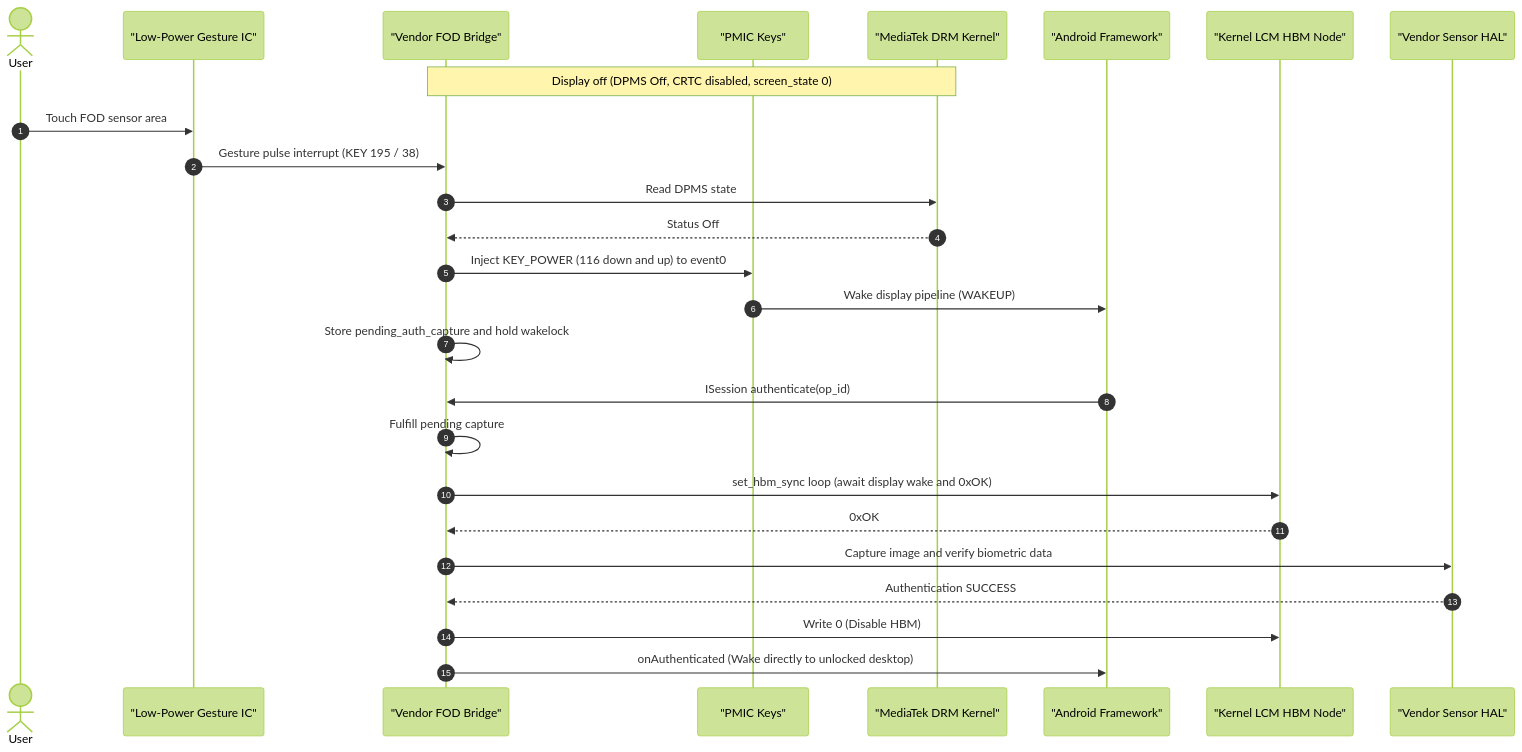
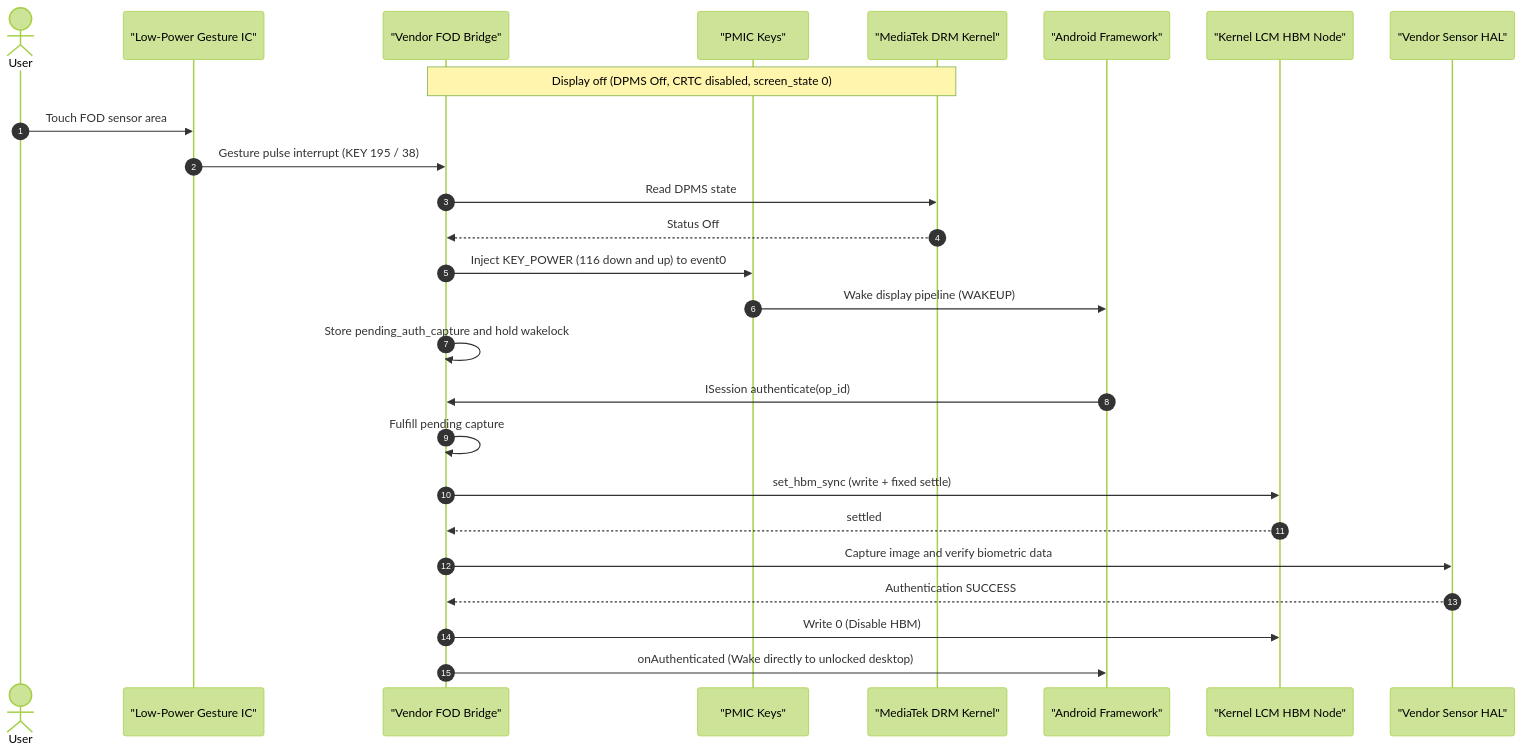
One commit to usermahiro/Oplus-UDFPS-Bridge-Transsion changed the fourth of 4 diagrams in README.md. Above: the diagram before and after it, drawn with Mermaid (forest theme). The commit also changed other lines of this file and 37 other files, not shown here.

````diff
--- a/README.md
+++ b/README.md
@@ -166,29 +166,29 @@
 ```mermaid
 sequenceDiagram
     autonumber
     actor User as User
     participant TP as "Low-Power Gesture IC"
     participant Bridge as "Vendor FOD Bridge"
     participant Pmic as "PMIC Keys"
     participant MtkDrm as "MediaTek DRM Kernel"
     participant Framework as "Android Framework"
     participant HBM as "Kernel LCM HBM Node"
     participant Sensor as "Vendor Sensor HAL"
 
     Note over Bridge,MtkDrm: Display off (DPMS Off, CRTC disabled, screen_state 0)
     User->>TP: Touch FOD sensor area
     TP->>Bridge: Gesture pulse interrupt (KEY 195 / 38)
     Bridge->>MtkDrm: Read DPMS state
     MtkDrm-->>Bridge: Status Off
     Bridge->>Pmic: Inject KEY_POWER (116 down and up) to event0
     Pmic->>Framework: Wake display pipeline (WAKEUP)
     Bridge->>Bridge: Store pending_auth_capture and hold wakelock
     Framework->>Bridge: ISession authenticate(op_id)
     Bridge->>Bridge: Fulfill pending capture
-    Bridge->>HBM: set_hbm_sync loop (await display wake and 0xOK)
-    HBM-->>Bridge: 0xOK
+    Bridge->>HBM: set_hbm_sync (write + fixed settle)
+    HBM-->>Bridge: settled
     Bridge->>Sensor: Capture image and verify biometric data
     Sensor-->>Bridge: Authentication SUCCESS
     Bridge->>HBM: Write 0 (Disable HBM)
     Bridge->>Framework: onAuthenticated (Wake directly to unlocked desktop)
 ```
````
